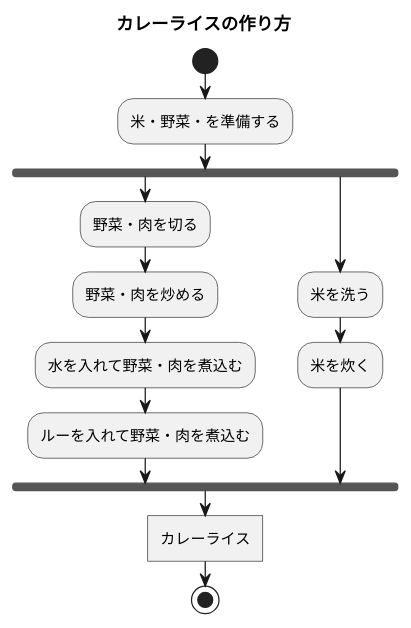
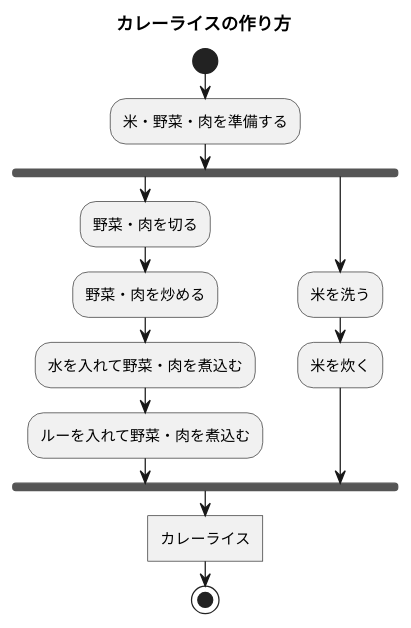
Before and after one commit to IshikawaMasato/uml-introduction: the diagram in 7章練習_ACカレーライス.pu, drawn with PlantUML.

Commit message:
練習７の作成

```diff
--- a/7章練習_ACカレーライス.pu
+++ b/7章練習_ACカレーライス.pu
@@ -1,16 +1,16 @@
 @startuml カレーライス
 title カレーライスの作り方
 start
-:米・野菜・を準備する;
+:米・野菜・肉を準備する;
 fork
 :野菜・肉を切る;
 :野菜・肉を炒める;
 :水を入れて野菜・肉を煮込む;
 :ルーを入れて野菜・肉を煮込む;
 fork again
 :米を洗う;
 :米を炊く;
 end fork
 :カレーライス]
 stop
 @enduml
```
